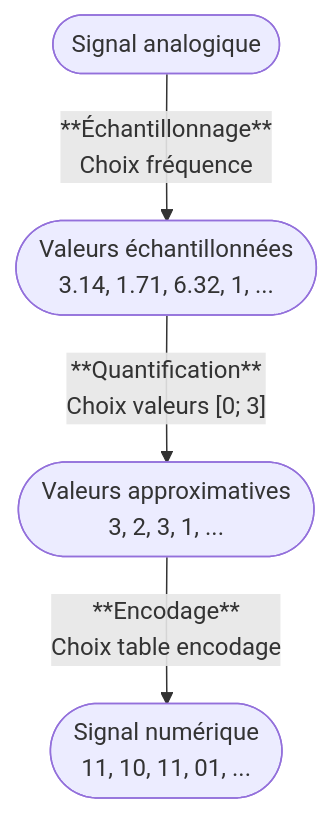
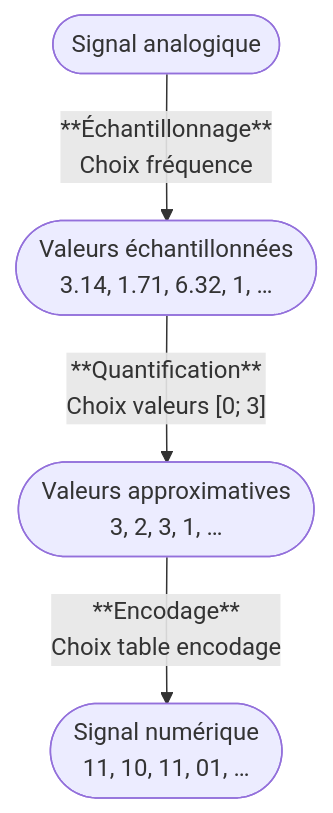
The diagram in static/slide/1m-repr-son.md (blueur/gymnase-2425), drawn with Mermaid before and after one commit. The commit also changed 20 other files, not shown here.

````diff
--- a/static/slide/1m-repr-son.md
+++ b/static/slide/1m-repr-son.md
@@ -120,10 +120,10 @@
 ```mermaid
 graph TD
   sa([Signal analogique<br /><i class="ph ph-wave-sine"></i>])
-  vr([Valeurs échantillonnées<br />3.14, 1.71, 6.32, 1, ...])
-  va([Valeurs approximatives<br />3, 2, 3, 1, ...])
-  sn([Signal numérique<br />11, 10, 11, 01, ...])
+  vr([Valeurs échantillonnées<br />3.14, 1.71, 6.32, 1, &hellip;])
+  va([Valeurs approximatives<br />3, 2, 3, 1, &hellip;])
+  sn([Signal numérique<br />11, 10, 11, 01, &hellip;])
   sa-->|**Échantillonnage**<br />Choix fréquence|vr
   vr-->|**Quantification**<br />Choix valeurs #91;0; 3#93;|va
   va-->|**Encodage**<br />Choix table encodage|sn
 ```
````
